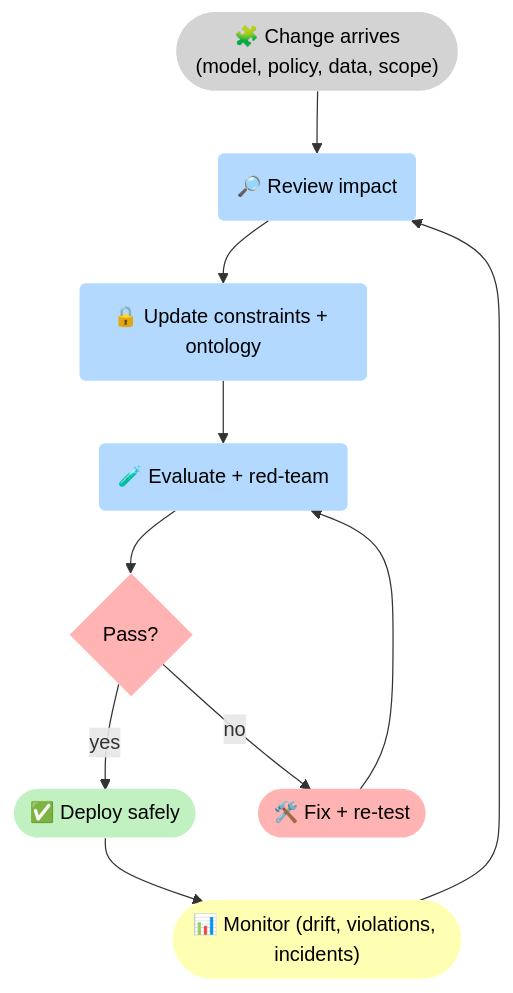
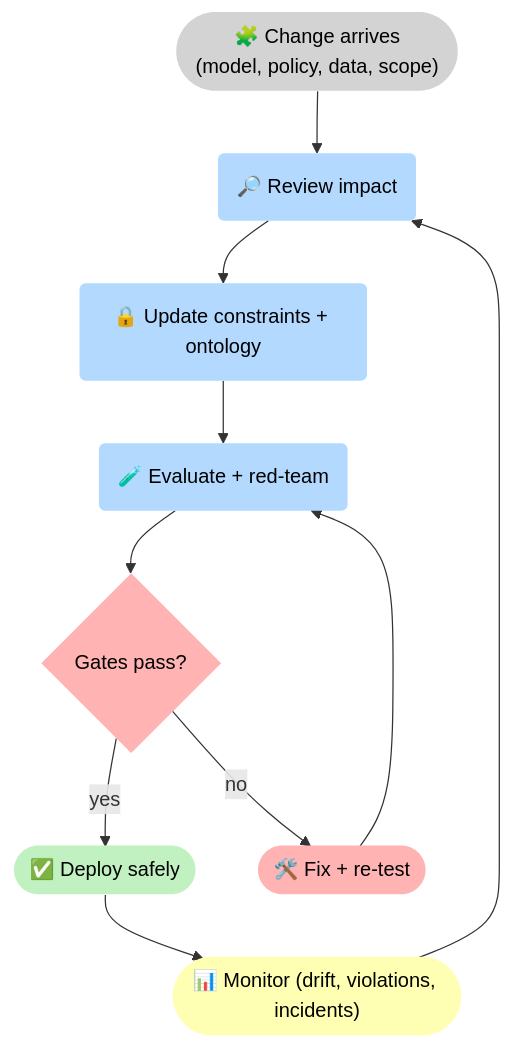
Before and after one commit to 5Reasons/5reasons.github.io: the first of 2 diagrams in docs/services/partnership.md, drawn with Mermaid. The commit also changed other lines of this file and 11 other files, not shown here.

````diff
--- a/docs/services/partnership.md
+++ b/docs/services/partnership.md
@@ -45,27 +45,27 @@
 ```mermaid
 flowchart TB
 %% Styles (brModel Standard)
 classDef i fill:#D3D3D3,stroke-width:0px,color:#000;
 classDef p fill:#B3D9FF,stroke-width:0px,color:#000;
 classDef r fill:#FFFFB3,stroke-width:0px,color:#000;
 classDef o fill:#C1F0C1,stroke-width:0px,color:#000;
 classDef s fill:#FFB3B3,stroke-width:0px,color:#000;
 
 I_Chg(["🧩 Change arrives<br>(model, policy, data, scope)"]):::i
 P_Review("🔎 Review impact"):::p
 P_Update("🔒 Update constraints + ontology"):::p
 P_Test("🧪 Evaluate + red-team"):::p
-G_OK{"Pass?"}:::s
+G_OK{"Gates pass?"}:::s
 O_Deploy(["✅ Deploy safely"]):::o
 S_Fix(["🛠️ Fix + re-test"]):::s
 R_Mon(["📊 Monitor (drift, violations, incidents)"]):::r
 
 I_Chg --> P_Review --> P_Update --> P_Test --> G_OK
 G_OK -->|"yes"| O_Deploy --> R_Mon --> P_Review
 G_OK -->|"no"| S_Fix --> P_Test
 
 %% Clickable nodes
 click P_Update "/methodology/constraints/" "Constraints & SHACL"
 click P_Test "/services/epistemic-audit/" "Audit mindset"
 click R_Mon "/reasoners/operating-model/" "Operating model"
 ```
````
